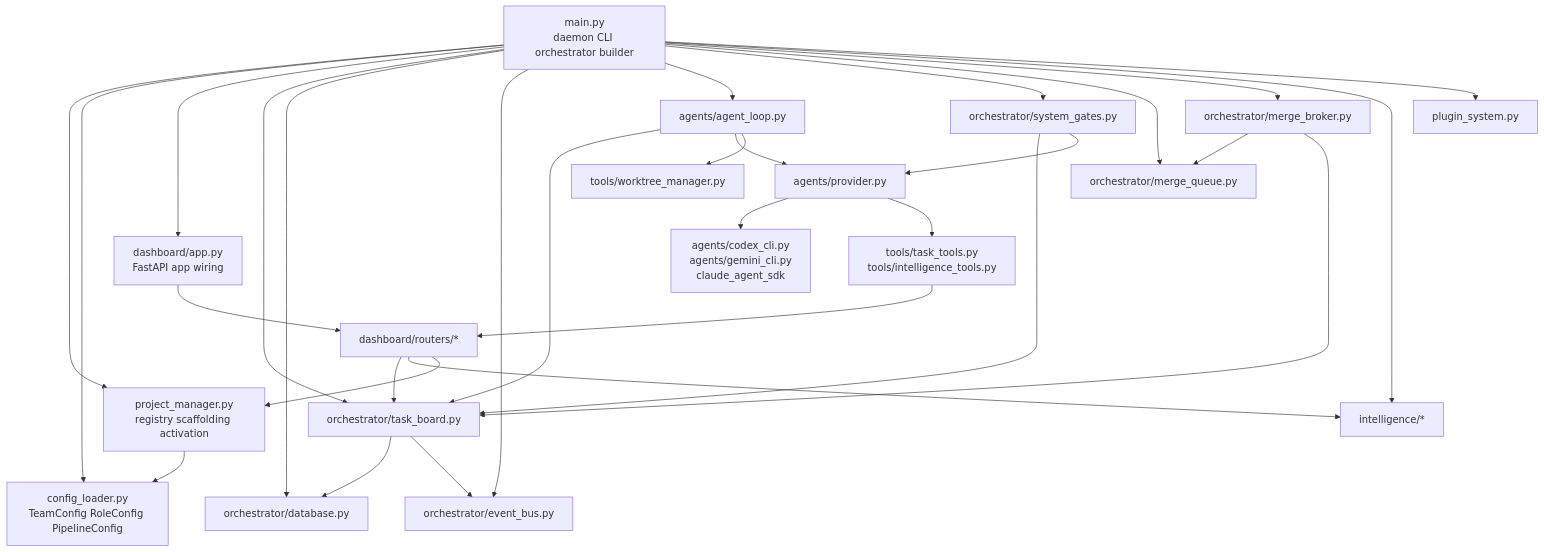
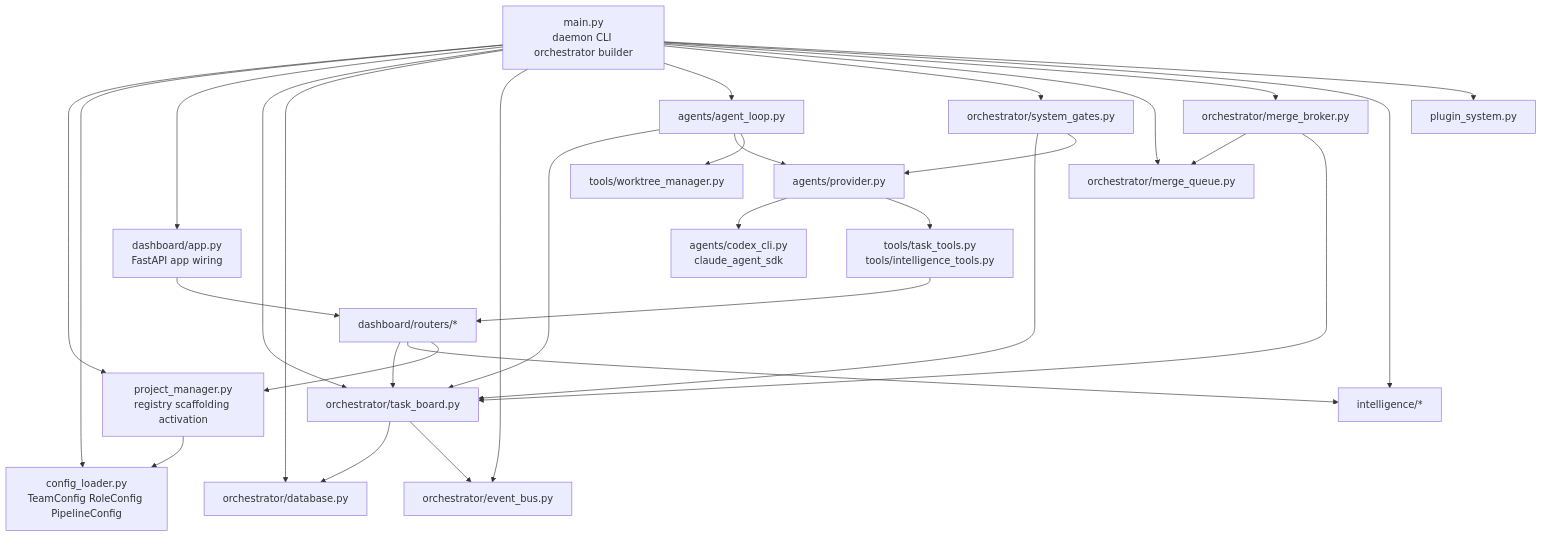
One commit to nikhilch98/taskbrew changed diagram 14 of 21 in docs/system-design-diagrams.md. Above: the diagram before and after it, drawn with Mermaid. The commit also changed other lines of this file and 29 other files, not shown here.

First line of the commit message:
refactor: remove Gemini CLI provider completely

````diff
--- a/docs/system-design-diagrams.md
+++ b/docs/system-design-diagrams.md
@@ -617,51 +613,51 @@
 ```mermaid
 flowchart TB
     Main["main.py<br/>daemon CLI orchestrator builder"]
     ProjectManager["project_manager.py<br/>registry scaffolding activation"]
     ConfigLoader["config_loader.py<br/>TeamConfig RoleConfig PipelineConfig"]
     Dashboard["dashboard/app.py<br/>FastAPI app wiring"]
     Routers["dashboard/routers/*"]
     TaskBoard["orchestrator/task_board.py"]
     Database["orchestrator/database.py"]
     EventBus["orchestrator/event_bus.py"]
     Agents["agents/agent_loop.py"]
     Provider["agents/provider.py"]
-    ProviderImpl["agents/codex_cli.py<br/>agents/gemini_cli.py<br/>claude_agent_sdk"]
+    ProviderImpl["agents/codex_cli.py<br/>claude_agent_sdk"]
     SystemGates["orchestrator/system_gates.py"]
     MergeQueue["orchestrator/merge_queue.py"]
     MergeBroker["orchestrator/merge_broker.py"]
     Tools["tools/task_tools.py<br/>tools/intelligence_tools.py"]
     Intelligence["intelligence/*"]
     Worktrees["tools/worktree_manager.py"]
     Plugins["plugin_system.py"]
 
     Main --> ProjectManager
     Main --> ConfigLoader
     Main --> Dashboard
     Main --> TaskBoard
     Main --> Database
     Main --> EventBus
     Main --> Agents
     Main --> SystemGates
     Main --> MergeQueue
     Main --> MergeBroker
     Main --> Intelligence
     Main --> Plugins
     ProjectManager --> ConfigLoader
     Dashboard --> Routers
     Routers --> TaskBoard
     Routers --> Intelligence
     Routers --> ProjectManager
     Agents --> TaskBoard
     Agents --> Provider
     Agents --> Worktrees
     Provider --> ProviderImpl
     Provider --> Tools
     Tools --> Routers
     SystemGates --> TaskBoard
     SystemGates --> Provider
     MergeBroker --> MergeQueue
     MergeBroker --> TaskBoard
     TaskBoard --> Database
     TaskBoard --> EventBus
 ```
````
